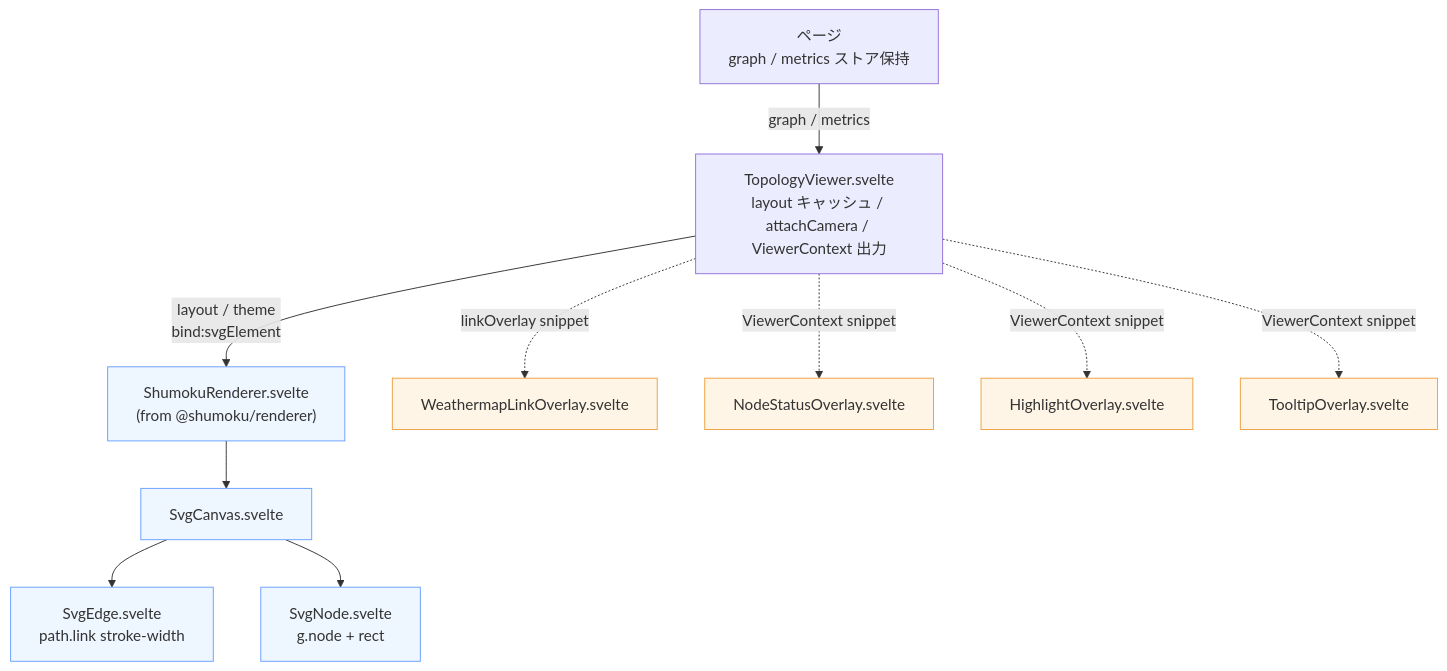
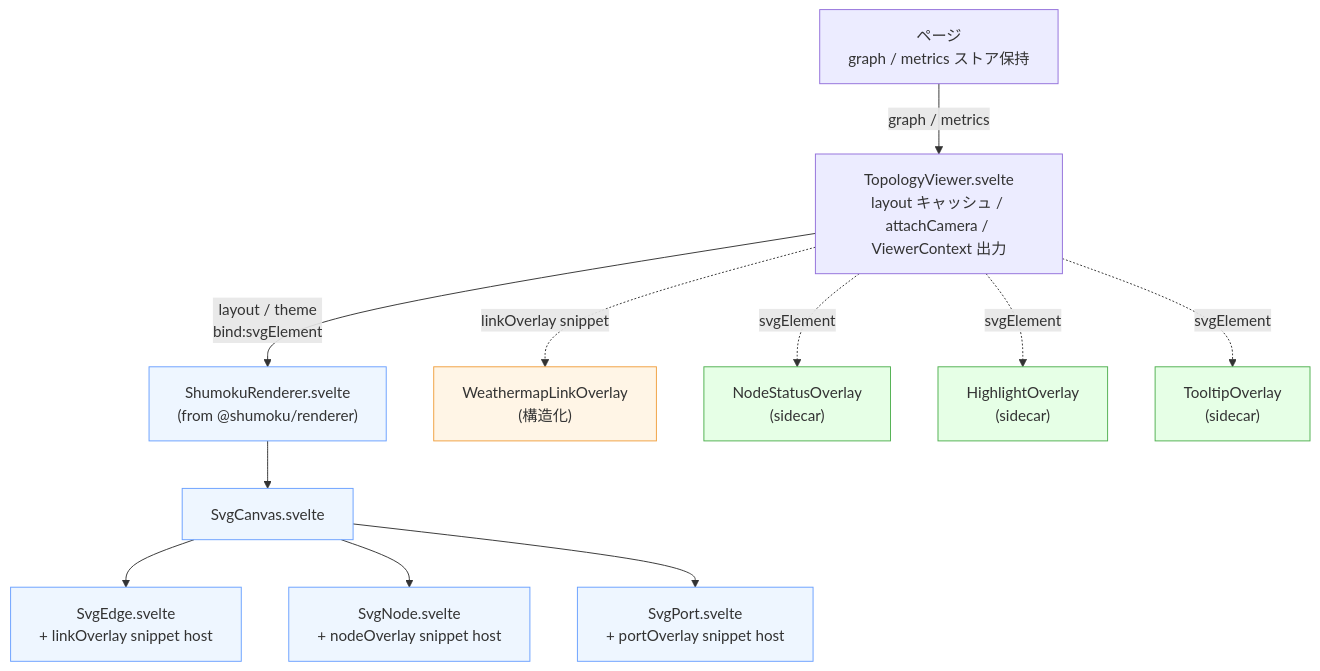
One commit to konoe-akitoshi/shumoku changed the second of 6 diagrams in apps/server/docs/topology-rendering.md. Above: the diagram before and after it, drawn with Mermaid. The commit also changed other lines of this file, not shown here.

````diff
--- a/apps/server/docs/topology-rendering.md
+++ b/apps/server/docs/topology-rendering.md
@@ -147,28 +170,32 @@
 ```mermaid
 flowchart TD
   PAGE["ページ<br/>graph / metrics ストア保持"]
   TV["TopologyViewer.svelte<br/>layout キャッシュ / attachCamera / ViewerContext 出力"]
   SR["ShumokuRenderer.svelte<br/>(from @shumoku/renderer)"]
   SC["SvgCanvas.svelte"]
-  SE["SvgEdge.svelte<br/>path.link stroke-width"]
-  SN["SvgNode.svelte<br/>g.node + rect"]
-    WML["WeathermapLinkOverlay.svelte"]
-  NSO["NodeStatusOverlay.svelte"]
-  HLO["HighlightOverlay.svelte"]
-  TTO["TooltipOverlay.svelte"]
+  SE["SvgEdge.svelte<br/>+ linkOverlay snippet host"]
+  SN["SvgNode.svelte<br/>+ nodeOverlay snippet host"]
+  SP["SvgPort.svelte<br/>+ portOverlay snippet host"]
+  WML["WeathermapLinkOverlay<br/>(構造化)"]
+  NSO["NodeStatusOverlay<br/>(sidecar)"]
+  HLO["HighlightOverlay<br/>(sidecar)"]
+  TTO["TooltipOverlay<br/>(sidecar)"]
 
   PAGE -->|graph / metrics| TV
   TV -->|layout / theme<br/>bind:svgElement| SR
   SR --> SC
   SC --> SE
   SC --> SN
+  SC --> SP
   TV -.linkOverlay snippet.-> WML
-  TV -.ViewerContext snippet.-> NSO
-  TV -.ViewerContext snippet.-> HLO
-  TV -.ViewerContext snippet.-> TTO
+  TV -.svgElement.-> NSO
+  TV -.svgElement.-> HLO
+  TV -.svgElement.-> TTO
 
   classDef renderer fill:#eef6ff,stroke:#6aa0ff
-  classDef overlay fill:#fff5e6,stroke:#f0a040
-  class SR,SC,SE,SN renderer
-  class WML,NSO,HLO,TTO overlay
+  classDef structured fill:#fff5e6,stroke:#f0a040
+  classDef sidecar fill:#e6ffe6,stroke:#50b050
+  class SR,SC,SE,SN,SP renderer
+  class WML structured
+  class NSO,HLO,TTO sidecar
 ```
````
